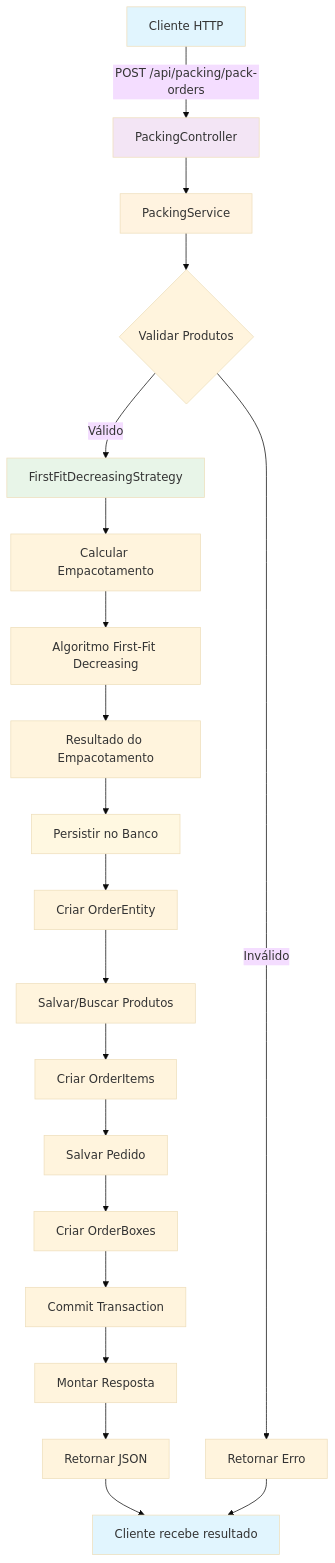
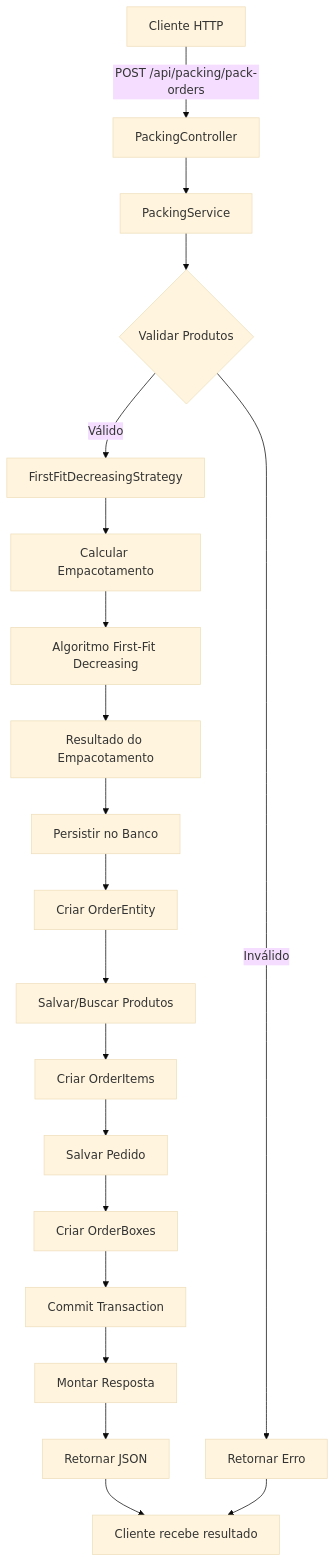
One commit to Cysne/PackingMS changed the first of 6 diagrams in Readme.md. Above: the diagram before and after it, drawn with Mermaid (base theme). The commit also changed other lines of this file, not shown here.

Commit message:
docs: atualizar diagrama de fluxo e estrutura do README.md para incluir novos componentes de autenticação

````diff
--- a/Readme.md
+++ b/Readme.md
@@ -482,33 +482,26 @@
 ```mermaid
 flowchart TD
     A[Cliente HTTP] -->|POST /api/packing/pack-orders| B[PackingController]
     B --> C[PackingService]
     C --> D{Validar Produtos}
     D -->|Válido| E[FirstFitDecreasingStrategy]
     D -->|Inválido| F[Retornar Erro]
 
     E --> G[Calcular Empacotamento]
     G --> H[Algoritmo First-Fit Decreasing]
     H --> I[Resultado do Empacotamento]
 
     I --> J[Persistir no Banco]
     J --> K[Criar OrderEntity]
     K --> L[Salvar/Buscar Produtos]
     L --> M[Criar OrderItems]
     M --> N[Salvar Pedido]
     N --> O[Criar OrderBoxes]
     O --> P[Commit Transaction]
 
     P --> Q[Montar Resposta]
     Q --> R[Retornar JSON]
     R --> S[Cliente recebe resultado]
 
     F --> S
-
-    style A fill:#e1f5fe
-    style B fill:#f3e5f5
-    style C fill:#fff3e0
-    style E fill:#e8f5e8
-    style J fill:#fff8e1
-    style S fill:#e1f5fe
 ```
````
